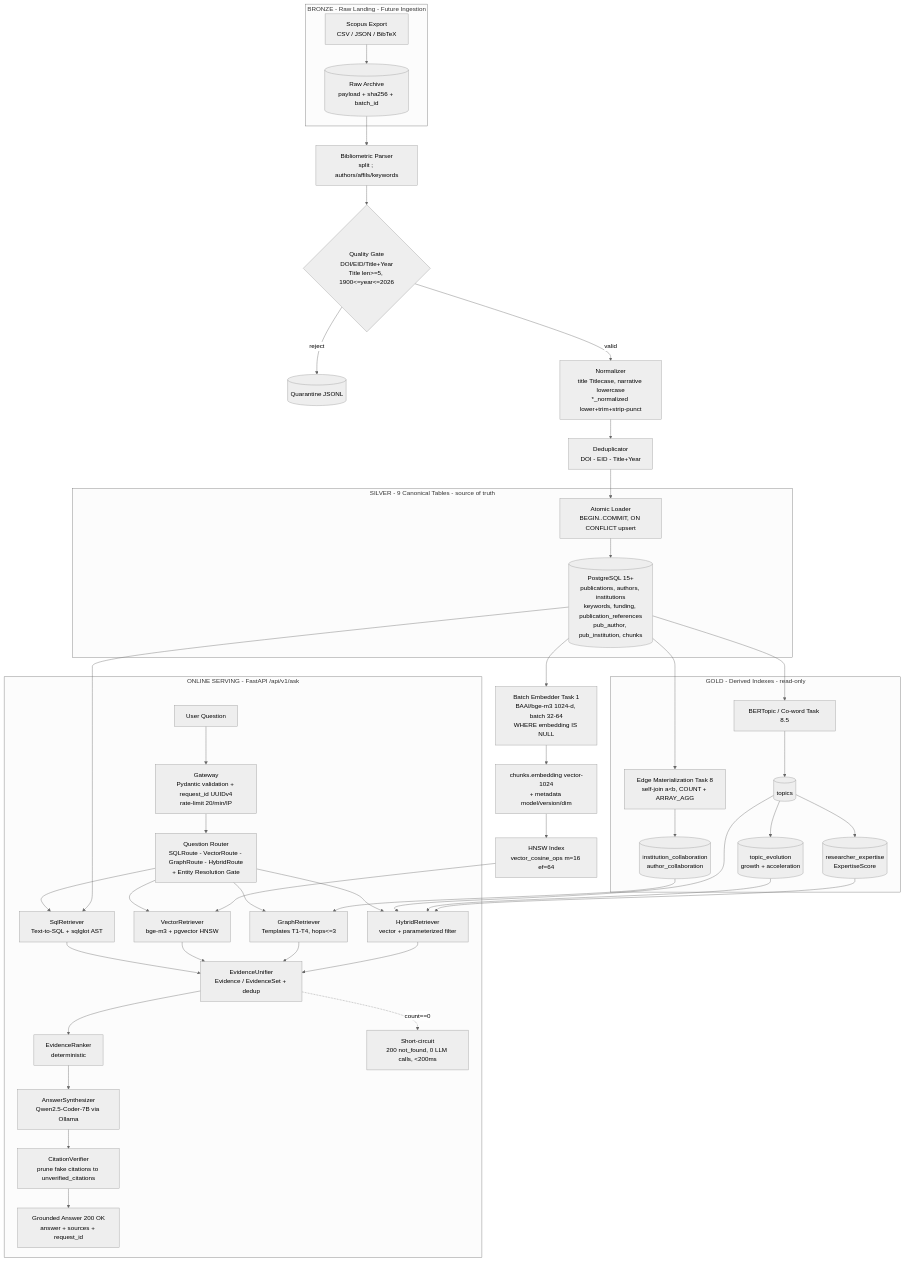
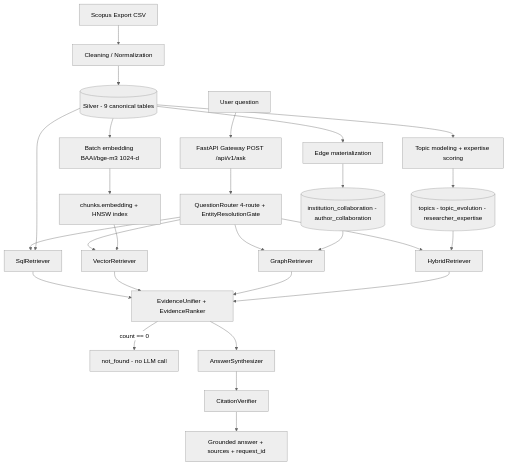
One commit to CodeByAbi/AI-Bibliometrics changed the diagram in README.md. Above: the diagram before and after it, drawn with Mermaid (neutral theme). The commit also changed other lines of this file, not shown here.

````diff
--- a/README.md
+++ b/README.md
@@ -96,49 +109,26 @@
 ```mermaid
 flowchart TD
-    subgraph Bronze[BRONZE - Raw Landing - Future Ingestion]
-        Scopus[Scopus Export<br/>CSV / JSON / BibTeX] --> Archive[(Raw Archive<br/>payload + sha256 + batch_id)]
-    end
-    Archive --> Parser[Bibliometric Parser<br/>split ; authors/affils/keywords]
-    Parser --> QGate{Quality Gate<br/>DOI/EID/Title+Year<br/>Title len>=5, 1900<=year<=2026}
-    QGate -->|reject| Quarantine[(Quarantine JSONL)]
-    QGate -->|valid| Normalizer[Normalizer<br/>title Titlecase, narrative lowercase<br/>*_normalized lower+trim+strip-punct]
-    Normalizer --> Dedup[Deduplicator<br/>DOI - EID - Title+Year]
-    Dedup --> Loader[Atomic Loader<br/>BEGIN..COMMIT, ON CONFLICT upsert]
-
-    subgraph Silver[SILVER - 9 Canonical Tables - source of truth]
-        Loader --> PG[(PostgreSQL 15+<br/>publications, authors, institutions<br/>keywords, funding, publication_references<br/>pub_author, pub_institution, chunks)]
-    end
-
-    PG --> Embed[Batch Embedder Task 1<br/>BAAI/bge-m3 1024-d, batch 32-64<br/>WHERE embedding IS NULL]
-    Embed --> VecCol[chunks.embedding vector-1024<br/>+ metadata model/version/dim]
-    VecCol --> HNSW[HNSW Index<br/>vector_cosine_ops m=16 ef=64]
-    PG --> EdgeMat[Edge Materialization Task 8<br/>self-join a&lt;b, COUNT + ARRAY_AGG]
-
-    subgraph Gold[GOLD - Derived Indexes - read-only]
-        EdgeMat --> Edges[(institution_collaboration<br/>author_collaboration)]
-        PG --> TopicMod[BERTopic / Co-word Task 8.5]
-        TopicMod --> Topics[(topics)]
-        Topics --> Evol[(topic_evolution<br/>growth + acceleration)]
-        Topics --> Exp[(researcher_expertise<br/>ExpertiseScore)]
-    end
-
-    subgraph Serving[ONLINE SERVING - FastAPI /api/v1/ask]
-        Q[User Question] --> GW[Gateway<br/>Pydantic validation + request_id UUIDv4<br/>rate-limit 20/min/IP]
-        GW --> Router[Question Router<br/>SQLRoute - VectorRoute - GraphRoute - HybridRoute<br/>+ Entity Resolution Gate]
-        Router --> SQLR[SqlRetriever<br/>Text-to-SQL + sqlglot AST]
-        Router --> VecR[VectorRetriever<br/>bge-m3 + pgvector HNSW]
-        Router --> GrR[GraphRetriever<br/>Templates T1-T4, hops<=3]
-        Router --> HyR[HybridRetriever<br/>vector + parameterized filter]
-        SQLR & VecR & GrR & HyR --> EU[EvidenceUnifier<br/>Evidence / EvidenceSet + dedup]
-        EU --> RK[EvidenceRanker<br/>deterministic]
-        EU -.->|count==0| SC[Short-circuit<br/>200 not_found, 0 LLM calls, <200ms]
-        RK --> Synth[AnswerSynthesizer<br/>Qwen2.5-Coder-7B via Ollama]
-        Synth --> CV[CitationVerifier<br/>prune fake citations to unverified_citations]
-        CV --> Resp[Grounded Answer 200 OK<br/>answer + sources + request_id]
-    end
-
+    Scopus[Scopus Export CSV] --> Clean[Cleaning / Normalization]
+    Clean --> Silver[(Silver - 9 canonical tables)]
+    Silver --> Embed[Batch embedding BAAI/bge-m3 1024-d]
+    Embed --> HNSW[chunks.embedding + HNSW index]
+    Silver --> Edges[Edge materialization]
+    Edges --> EdgeT[(institution_collaboration - author_collaboration)]
+    Silver --> GoldM[Topic modeling + expertise scoring]
+    GoldM --> GoldT[(topics - topic_evolution - researcher_expertise)]
+    Q[User question] --> GW[FastAPI Gateway POST /api/v1/ask]
+    GW --> Router[QuestionRouter 4-route + EntityResolutionGate]
+    Router --> SQLR[SqlRetriever]
+    Router --> VecR[VectorRetriever]
+    Router --> GrR[GraphRetriever]
+    Router --> HyR[HybridRetriever]
+    Silver --> SQLR
     HNSW --> VecR
-    Edges --> GrR
-    Topics & Evol & Exp --> HyR
-    PG --> SQLR
+    EdgeT --> GrR
+    GoldT --> HyR
+    SQLR & VecR & GrR & HyR --> EU[EvidenceUnifier + EvidenceRanker]
+    EU -->|count == 0| SC[not_found - no LLM call]
+    EU --> Synth[AnswerSynthesizer]
+    Synth --> CV[CitationVerifier]
+    CV --> Resp[Grounded answer + sources + request_id]
 ```
````
